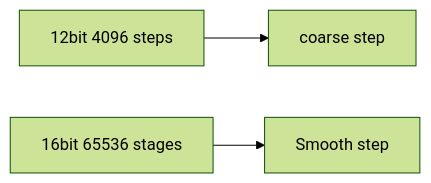
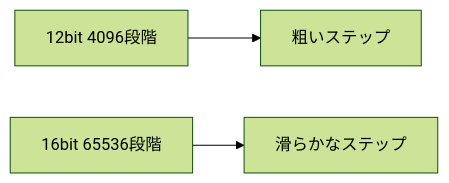
Before and after one commit to monumental-movement/monumental-movement.github.io: diagram 15 of 21 in en/_posts/2025-11-20-column-akai-mpc-60-emu-sp1200.md, drawn with Mermaid (forest theme). The commit also changed other lines of this file and 2196 other files, not shown here.

```diff
--- a/en/_posts/2025-11-20-column-akai-mpc-60-emu-sp1200.md
+++ b/en/_posts/2025-11-20-column-akai-mpc-60-emu-sp1200.md
@@ -437,7 +437,7 @@
 <div class="mermaid">
     
 graph LR
-    A["12bit 4096 steps"] --> C["coarse step"]
-    B["16bit 65536 stages"] --> D["Smooth step"]
+    A["12bit 4096段階"] --> C["粗いステップ"]
+    B["16bit 65536段階"] --> D["滑らかなステップ"]
 
 </div> 
```
